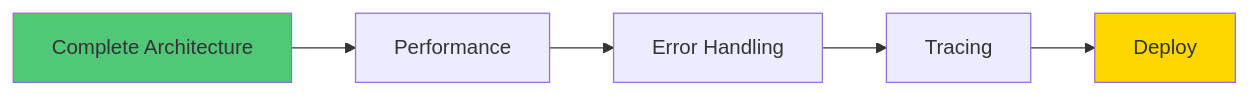
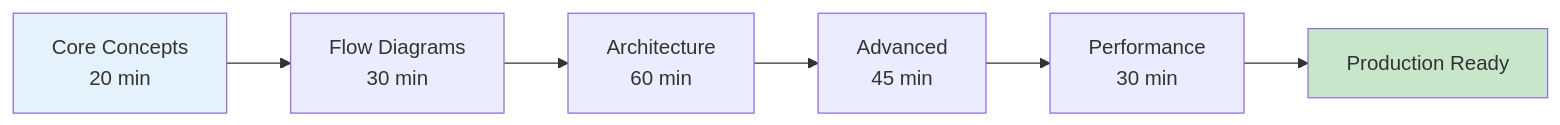
The third of 4 diagrams in docs/STRUCTURE.md (Manoj-tawk/tawk-agents-sdk), drawn with Mermaid before and after one commit. The commit also changed other lines of this file and 32 other files, not shown here.

````diff
--- a/docs/STRUCTURE.md
+++ b/docs/STRUCTURE.md
@@ -173,10 +133,11 @@
 ```mermaid
-graph LR
-    A[Complete Architecture] --> B[Performance]
-    B --> C[Error Handling]
-    C --> D[Tracing]
-    D --> E[Deploy]
+flowchart LR
+    A[Core Concepts<br/>20 min] --> B[Flow Diagrams<br/>30 min]
+    B --> C[Architecture<br/>60 min]
+    C --> D[Advanced<br/>45 min]
+    D --> E[Performance<br/>30 min]
+    E --> F[Production Ready]
     
-    style A fill:#50c878
-    style E fill:#ffd700
+    style A fill:#e3f2fd
+    style F fill:#c8e6c9
 ```
````
